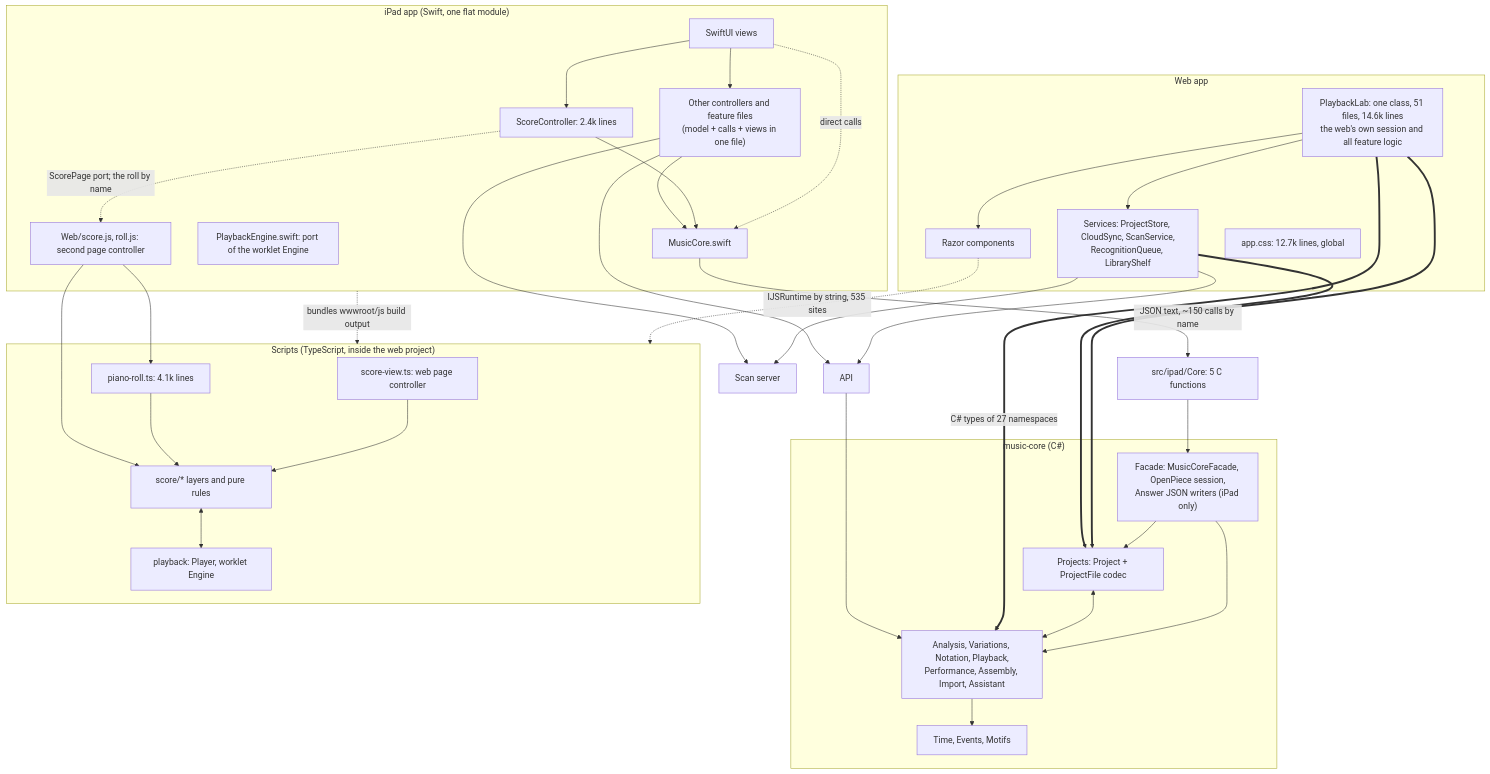
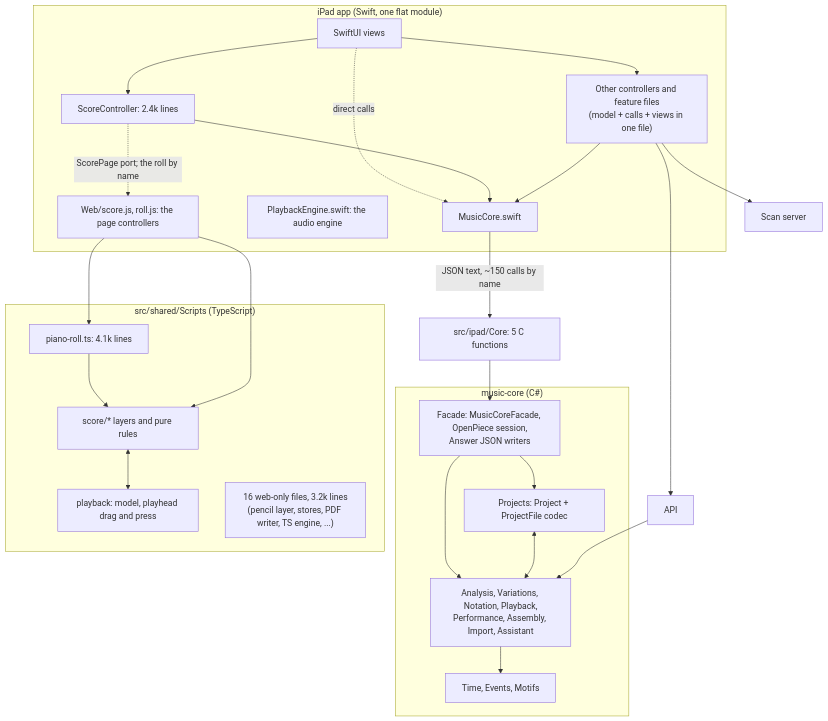
Before and after one commit to andreykukalev/motiff-lab: the first of 3 diagrams in docs/REFACTORING_AUDIT.md, drawn with Mermaid. The commit also changed other lines of this file and 1 other file, not shown here.

First line of the commit message:
Refactoring audit, second edition: refreshed for iPad-first and the new layout (#639)

````diff
--- a/docs/REFACTORING_AUDIT.md
+++ b/docs/REFACTORING_AUDIT.md
@@ -100,65 +172,48 @@
 ```mermaid
 flowchart TB
   subgraph CORE["music-core (C#)"]
     DOM["Time, Events, Motifs"]
     RULES["Analysis, Variations, Notation, Playback,<br/>Performance, Assembly, Import, Assistant"]
     PROJ["Projects: Project + ProjectFile codec"]
-    FAC["Facade: MusicCoreFacade, OpenPiece session,<br/>Answer JSON writers (iPad only)"]
+    FAC["Facade: MusicCoreFacade, OpenPiece session,<br/>Answer JSON writers"]
     FAC --> RULES
     FAC --> PROJ
     PROJ <--> RULES
     RULES --> DOM
   end
 
-  subgraph WEB["Web app"]
-    PL["PlaybackLab: one class, 51 files, 14.6k lines<br/>the web's own session and all feature logic"]
-    WSVC["Services: ProjectStore, CloudSync, ScanService,<br/>RecognitionQueue, LibraryShelf"]
-    RZ["Razor components"]
-    CSS["app.css: 12.7k lines, global"]
-    PL --> RZ
-    PL --> WSVC
-  end
-
-  subgraph TS["Scripts (TypeScript, inside the web project)"]
-    SV["score-view.ts: web page controller"]
+  subgraph SHARED["src/shared/Scripts (TypeScript)"]
     LAYERS["score/* layers and pure rules"]
     ROLL["piano-roll.ts: 4.1k lines"]
-    PB["playback: Player, worklet Engine"]
-    SV --> LAYERS
+    PB["playback: model, playhead drag and press"]
+    DEAD["16 web-only files, 3.2k lines<br/>(pencil layer, stores, PDF writer, TS engine, ...)"]
     ROLL --> LAYERS
     LAYERS <--> PB
   end
 
   subgraph IPAD["iPad app (Swift, one flat module)"]
     VIEWS["SwiftUI views"]
     SC["ScoreController: 2.4k lines"]
     CTRL["Other controllers and feature files<br/>(model + calls + views in one file)"]
-    SJS["Web/score.js, roll.js: second page controller"]
-    PE["PlaybackEngine.swift: port of the worklet Engine"]
+    SJS["Web/score.js, roll.js: the page controllers"]
+    PE["PlaybackEngine.swift: the audio engine"]
     MC["MusicCore.swift"]
     VIEWS --> SC
     VIEWS --> CTRL
     VIEWS -. "direct calls" .-> MC
     SC --> MC
     CTRL --> MC
   end
 
   NAT["src/ipad/Core: 5 C functions"]
   API["API"]
   OMR["Scan server"]
 
-  PL == "C# types of 27 namespaces" ==> RULES
-  PL ==> PROJ
-  WSVC ==> PROJ
-  RZ -. "IJSRuntime by string, 535 sites" .-> TS
   MC -- "JSON text, ~150 calls by name" --> NAT --> FAC
   SC -. "ScorePage port; the roll by name" .-> SJS
   SJS --> LAYERS
   SJS --> ROLL
-  IPAD -. "bundles wwwroot/js build output" .-> TS
   API --> RULES
-  WSVC --> API
   CTRL --> API
-  WSVC --> OMR
   CTRL --> OMR
 ```
````
